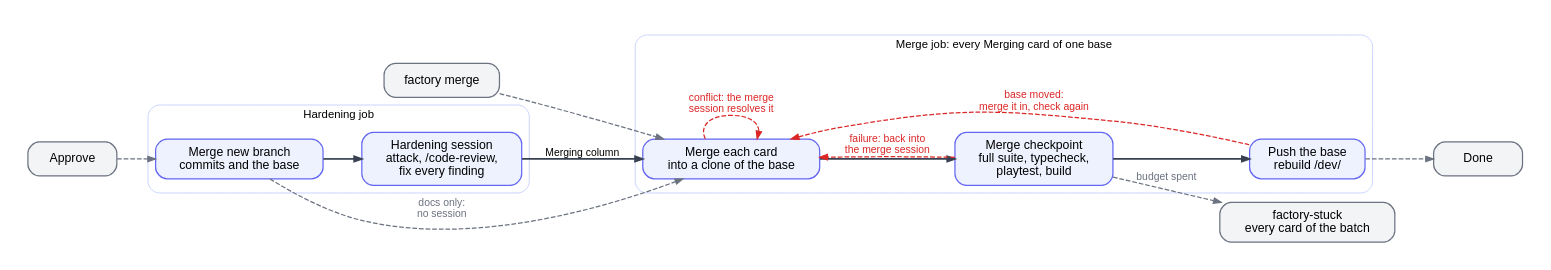
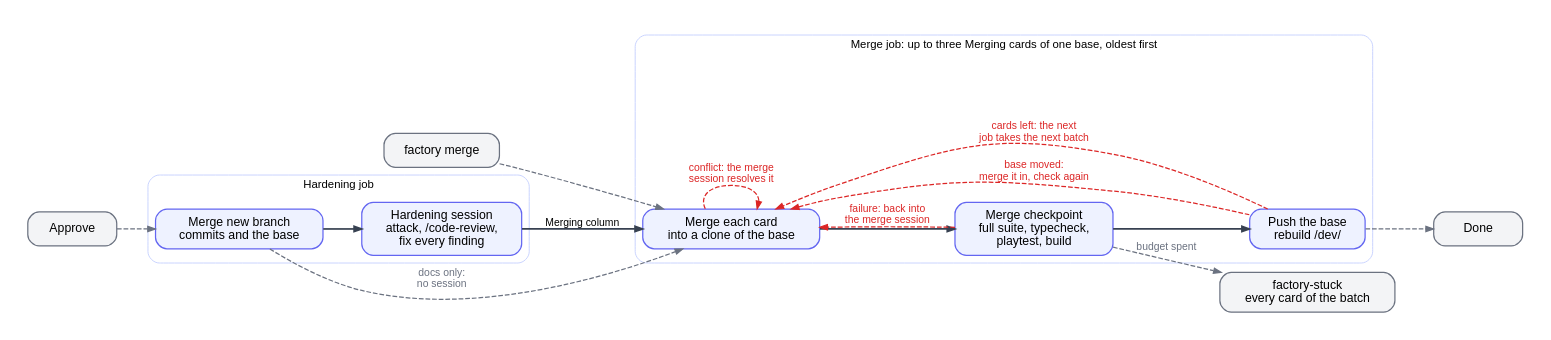
The diagram in factory/docs/diagrams/hardening.dot (btseytlin/road-machiners), drawn with Graphviz before and after one commit. The commit also changed 6 other files, not shown here.

Commit message:
The merge queue takes up to three Merging cards of a base per job, oldest first, so a batch that passed stays pushed when a later one fails

```diff
--- a/factory/docs/diagrams/hardening.dot
+++ b/factory/docs/diagrams/hardening.dot
@@ -1,32 +1,33 @@
-// Hardening and Merging columns. One hardening session reviews and fixes an approved card. The merge queue checks every waiting card merged together before the base takes them.
+// Hardening and Merging columns. One hardening session reviews and fixes an approved card. The merge queue checks up to three waiting cards of a base merged together before the base takes them, and the next job takes the rest.
 // Red: loops back. Grey: leaves the column or enters from outside.
 digraph hardening {
   rankdir=LR; nodesep=0.35; ranksep=0.55; bgcolor=white; pad=0.3;
   node [shape=box, style="rounded,filled", fillcolor="#eef2ff", color="#6366f1", fontname="Helvetica", fontsize=13, margin="0.2,0.1", penwidth=1.3, width=1.3];
   edge [color="#374151", penwidth=1.8, arrowsize=0.8, fontname="Helvetica", fontsize=11];
   subgraph cluster_harden {
     label="Hardening job"; fontname="Helvetica"; fontsize=12; color="#c7d2fe"; style=rounded;
     HM [label="Merge new branch\ncommits and the base"]; HH [label="Hardening session\nattack, /code-review,\nfix every finding"];
     HM -> HH [weight=100];
   }
   subgraph cluster_merge {
-    label="Merge job: every Merging card of one base"; fontname="Helvetica"; fontsize=12; color="#c7d2fe"; style=rounded;
+    label="Merge job: up to three Merging cards of one base, oldest first"; fontname="Helvetica"; fontsize=12; color="#c7d2fe"; style=rounded;
     MM [label="Merge each card\ninto a clone of the base"]; MC [label="Merge checkpoint\nfull suite, typecheck,\nplaytest, build"]; MP [label="Push the base\nrebuild /dev/"];
     MM -> MC -> MP [weight=100];
   }
   HH -> MM [label="Merging column"];
   XA [label="Approve", fillcolor="#f3f4f6", color="#6b7280"];
   XO [label="factory merge", fillcolor="#f3f4f6", color="#6b7280"];
   XS [label="factory-stuck\nevery card of the batch", fillcolor="#f3f4f6", color="#6b7280"];
   XN [label="Done", fillcolor="#f3f4f6", color="#6b7280"];
   edge [color="#dc2626", fontcolor="#dc2626", style=dashed, penwidth=1.3];
   MM -> MM [label="conflict: the merge\nsession resolves it"];
   MC -> MM [label="failure: back into\nthe merge session"];
   MP -> MM [label="base moved:\nmerge it in, check again"];
+  MP -> MM [label="cards left: the next\njob takes the next batch"];
   edge [color="#6b7280", fontcolor="#6b7280"];
   XA -> HM;
   HM -> MM [label="docs only:\nno session"];
   XO -> MM;
   MC -> XS [label="budget spent"];
   MP -> XN;
 }
```
